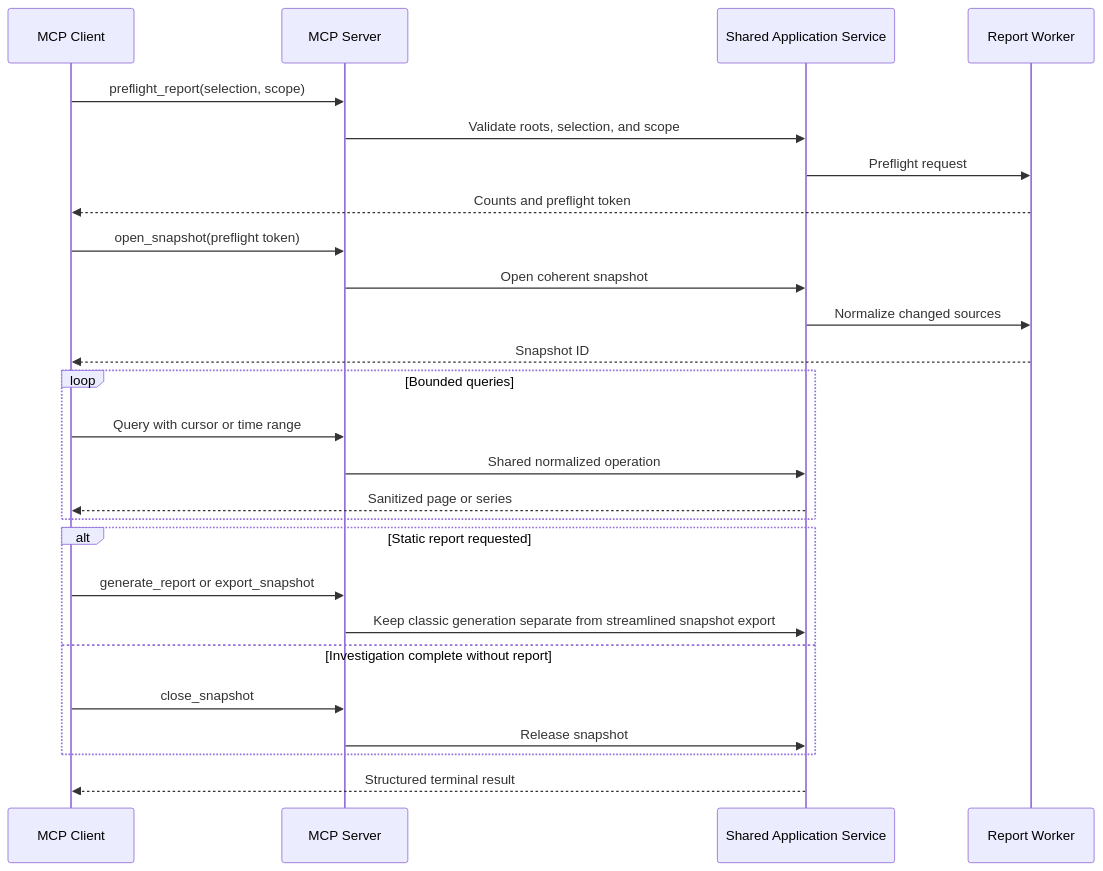
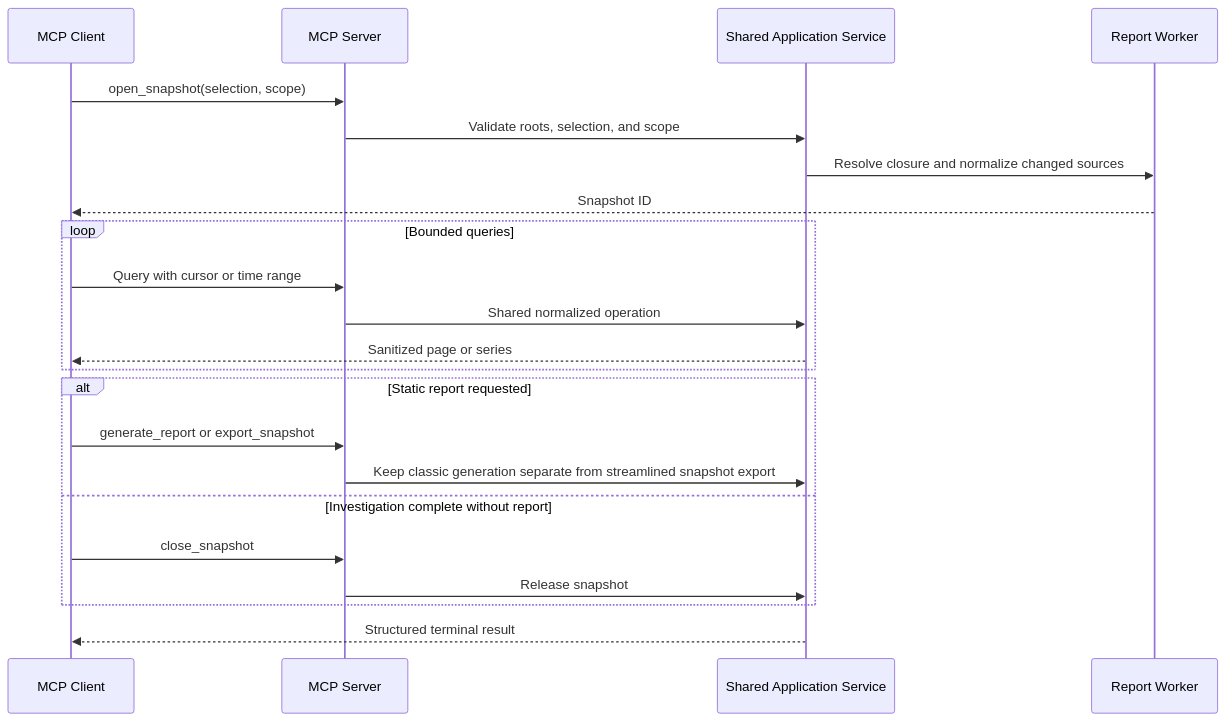
Before and after one commit to martinbechard/agent-runner: the seventh of 9 diagrams in docs/requirements/functional/FR-001-agent-report-dynamic-app-and-static-export.md, drawn with Mermaid. The commit also changed other lines of this file and 214 other files, not shown here.

````diff
--- a/docs/requirements/functional/FR-001-agent-report-dynamic-app-and-static-export.md
+++ b/docs/requirements/functional/FR-001-agent-report-dynamic-app-and-static-export.md
@@ -866,28 +854,24 @@
 ```mermaid
 sequenceDiagram
   participant Client as MCP Client
   participant MCP as MCP Server
   participant Service as Shared Application Service
   participant Worker as Report Worker
-  Client->>MCP: preflight_report(selection, scope)
+  Client->>MCP: open_snapshot(selection, scope)
   MCP->>Service: Validate roots, selection, and scope
-  Service->>Worker: Preflight request
-  Worker-->>Client: Counts and preflight token
-  Client->>MCP: open_snapshot(preflight token)
-  MCP->>Service: Open coherent snapshot
-  Service->>Worker: Normalize changed sources
+  Service->>Worker: Resolve closure and normalize changed sources
   Worker-->>Client: Snapshot ID
   loop Bounded queries
     Client->>MCP: Query with cursor or time range
     MCP->>Service: Shared normalized operation
     Service-->>Client: Sanitized page or series
   end
   alt Static report requested
     Client->>MCP: generate_report or export_snapshot
     MCP->>Service: Keep classic generation separate from streamlined snapshot export
   else Investigation complete without report
     Client->>MCP: close_snapshot
     MCP->>Service: Release snapshot
   end
   Service-->>Client: Structured terminal result
 ```
````
